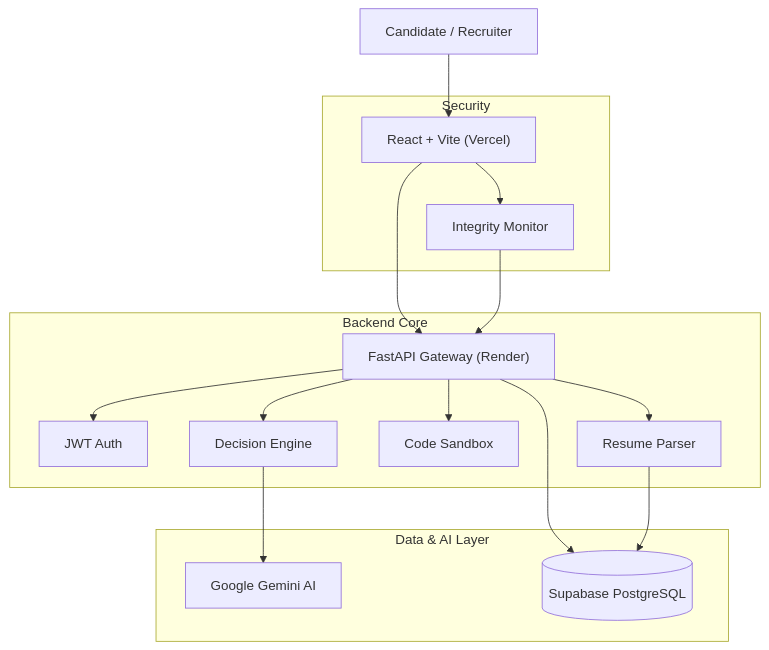
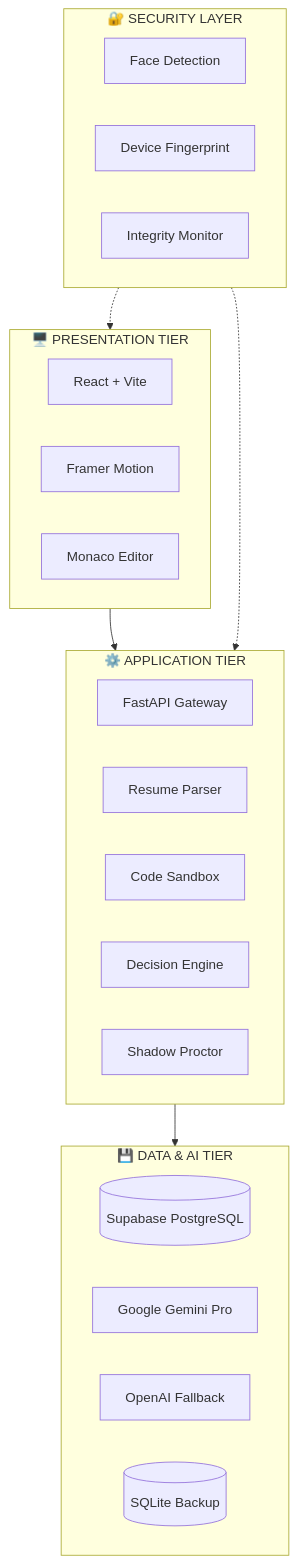
One commit to Dakshbumb/Cygnusa-Guardian changed the diagram in README.md. Above: the diagram before and after it, drawn with Mermaid. The commit also changed other lines of this file and 21 other files, not shown here.

First line of the commit message:
refactor: modular router architecture, code cleanup, and camera guard

````diff
--- a/README.md
+++ b/README.md
@@ -62,23 +49,34 @@
 ```mermaid
-graph TD
-    User["Candidate / Recruiter"] --> Frontend["React + Vite (Vercel)"]
-    Frontend --> API["FastAPI Gateway (Render)"]
-    
-    subgraph "Backend Core"
-        API --> Auth["JWT Auth"]
-        API --> Resume["Resume Parser"]
-        API --> Code["Code Sandbox"]
-        API --> Engine["Decision Engine"]
+flowchart TB
+    subgraph Frontend["🖥️ PRESENTATION TIER"]
+        A[React + Vite]
+        B[Framer Motion]
+        C[Monaco Editor]
     end
     
-    subgraph "Data & AI Layer"
-        Engine --> Gemini["Google Gemini AI"]
-        API --> Database[("Supabase PostgreSQL")]
-        Resume --> Database
+    subgraph Backend["⚙️ APPLICATION TIER"]
+        D[FastAPI Gateway]
+        E[Resume Parser]
+        F[Code Sandbox]
+        G[Decision Engine]
+        H[Shadow Proctor]
     end
     
-    subgraph "Security"
-        Frontend --> Monitor["Integrity Monitor"]
-        Monitor --> API
+    subgraph Data["💾 DATA & AI TIER"]
+        I[(Supabase PostgreSQL)]
+        J[Google Gemini Pro]
+        K[OpenAI Fallback]
+        L[(SQLite Backup)]
     end
+    
+    subgraph Security["🔐 SECURITY LAYER"]
+        M[Face Detection]
+        N[Device Fingerprint]
+        O[Integrity Monitor]
+    end
+    
+    Frontend --> Backend
+    Backend --> Data
+    Security -.-> Frontend
+    Security -.-> Backend
 ```
````
